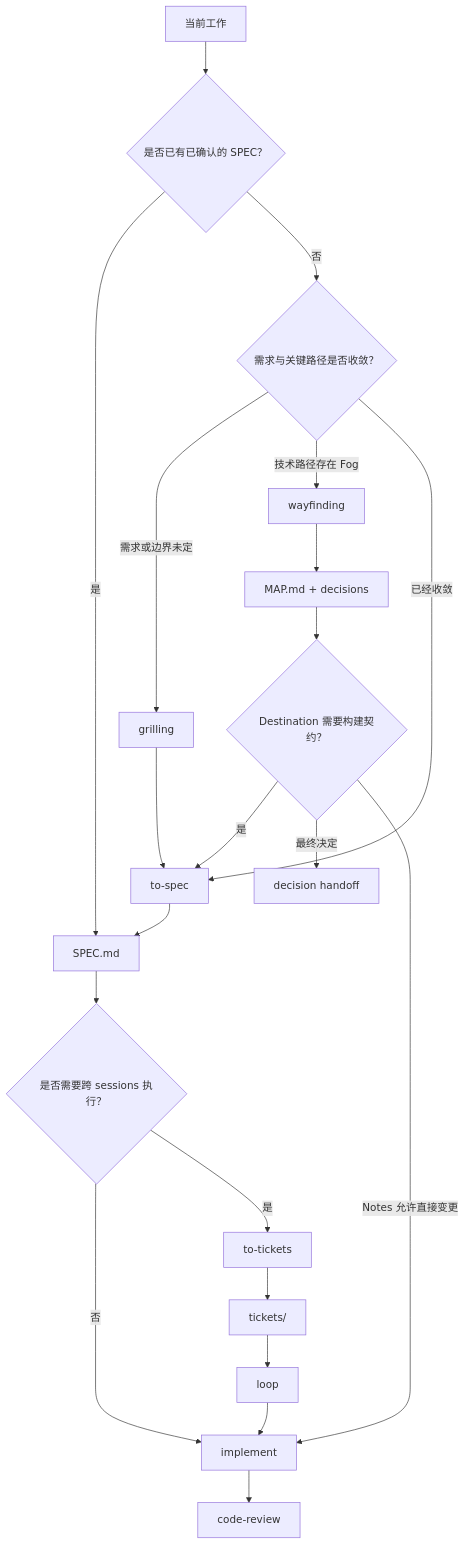
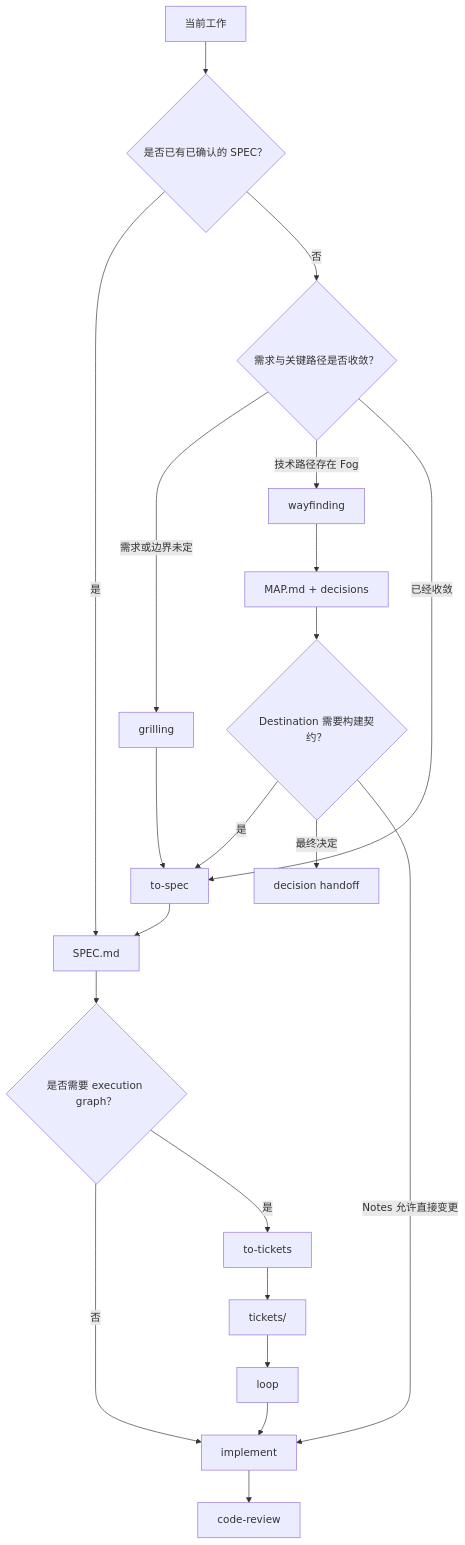
The first of 2 diagrams in README.md (calvingit/skills), drawn with Mermaid before and after one commit. The commit also changed other lines of this file and 7 other files, not shown here.

Commit message:
fix: align loop with ticket graph execution

````diff
--- a/README.md
+++ b/README.md
@@ -153,23 +152,23 @@
 ```mermaid
 flowchart TD
     A[当前工作] --> B{是否已有已确认的 SPEC？}
     B -->|是| G[SPEC.md]
     B -->|否| N{需求与关键路径是否收敛？}
     N -->|需求或边界未定| C[grilling]
     N -->|技术路径存在 Fog| D[wayfinding]
     N -->|已经收敛| E[to-spec]
     C --> E
     D --> F[MAP.md + decisions]
     F --> Q{Destination 需要构建契约？}
     Q -->|是| E
     Q -->|最终决定| M[decision handoff]
     Q -->|Notes 允许直接变更| I
     E --> G[SPEC.md]
-    G --> H{是否需要跨 sessions 执行？}
+    G --> H{是否需要 execution graph？}
     H -->|否| I[implement]
     H -->|是| J[to-tickets]
     J --> K[tickets/]
     K --> O[loop]
     O --> I
     I --> L[code-review]
 ```
````
